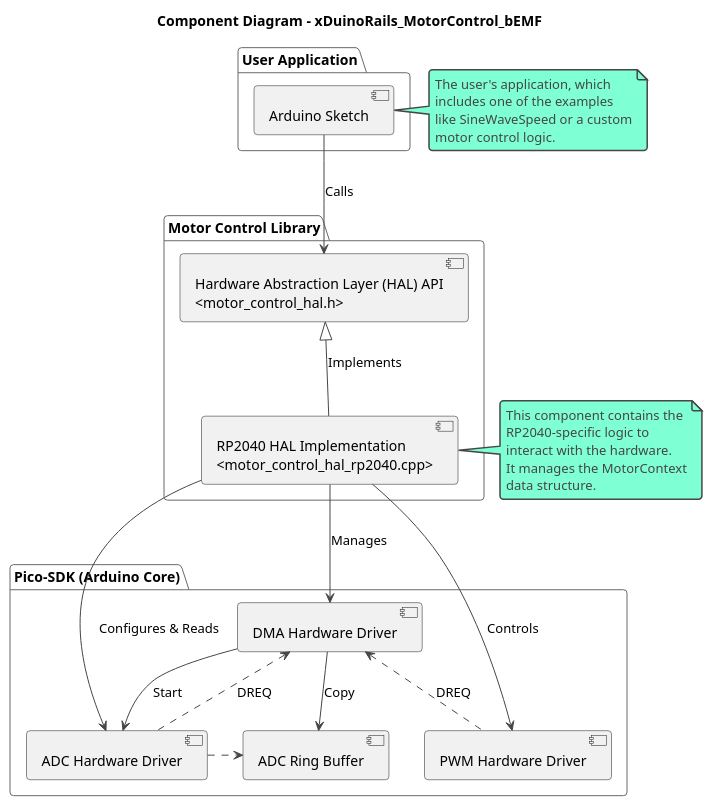
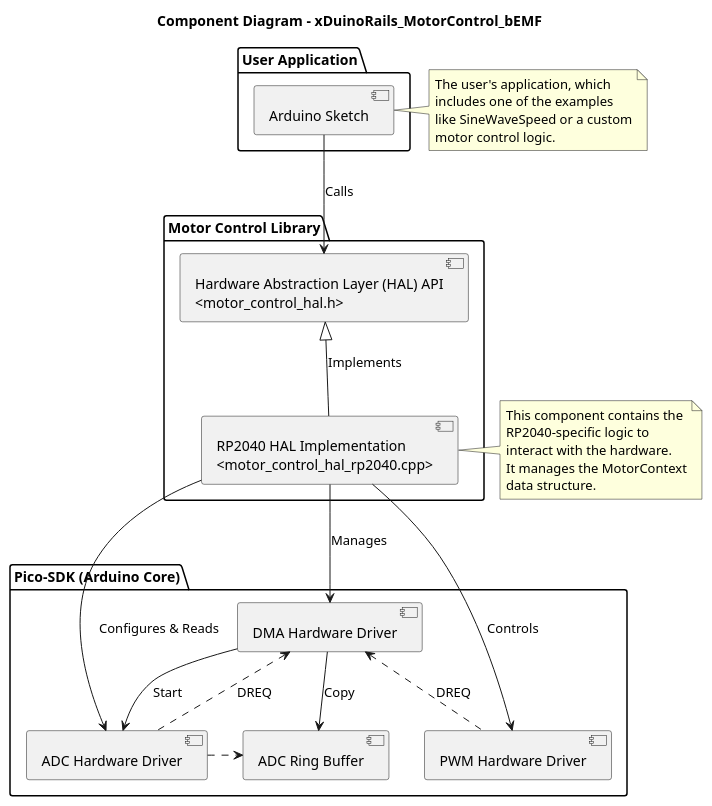
The diagram in diagrams/component_diagram.puml (chatelao/xDuinoRails_MotorControl_bEMF), drawn with PlantUML before and after one commit. The commit also changed 7 other files, not shown here.

First line of the commit message:
feat(diagrams): update dependency graph and render all diagrams to png

```diff
--- a/diagrams/component_diagram.puml
+++ b/diagrams/component_diagram.puml
@@ -1,51 +1,51 @@
 @startuml component_diagram
 
-!theme vibrant
+'!theme vibrant
 
 title Component Diagram - xDuinoRails_MotorControl_bEMF
 
 package "User Application" {
   [Arduino Sketch] as Sketch
 }
 
 package "Motor Control Library" {
   [Hardware Abstraction Layer (HAL) API\n<motor_control_hal.h>] as HAL_API
   [RP2040 HAL Implementation\n<motor_control_hal_rp2040.cpp>] as RP2040_IMPL
 }
 
 package "Pico-SDK (Arduino Core)" {
     [PWM Hardware Driver] as PWM
     [ADC Hardware Driver] as ADC
     [ADC Ring Buffer] as ADC_BUFF
     [DMA Hardware Driver] as DMA
 }
 
 Sketch -down-> HAL_API : Calls
 HAL_API <|-- RP2040_IMPL : Implements
 RP2040_IMPL -down-> PWM : Controls
 RP2040_IMPL -down-> ADC : Configures & Reads
 RP2040_IMPL -down-> DMA : Manages
 
 DMA <.. PWM : DREQ
 DMA --> ADC : Start
 DMA <.. ADC : DREQ
 DMA --> ADC_BUFF : Copy
 ADC .> ADC_BUFF
 
 
 note right of Sketch
   The user's application, which
   includes one of the examples
   like SineWaveSpeed or a custom
   motor control logic.
 end note
 
 note left of RP2040_IMPL
   This component contains the
   RP2040-specific logic to
   interact with the hardware.
   It manages the MotorContext
   data structure.
 end note
 
 @enduml
```
